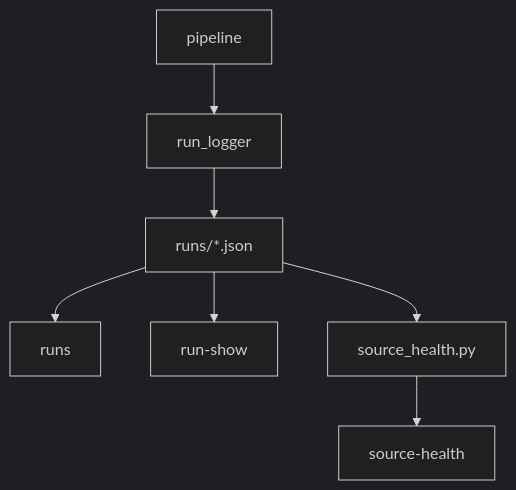
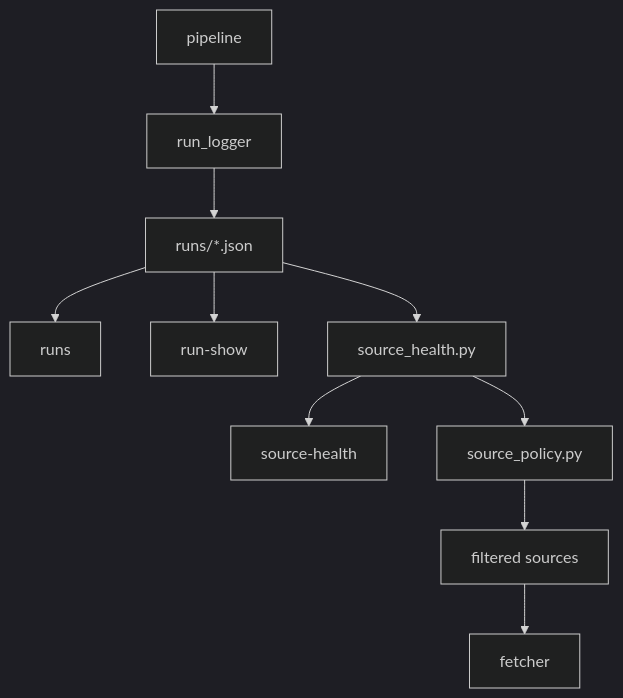
The sixth of 6 diagrams in docs/architecture.md (lingyu2023gla-star/ai-space-industry-radar), drawn with Mermaid (dark theme) before and after one commit. The commit also changed other lines of this file and 14 other files, not shown here.

Commit message:
feat: add source failure policy

````diff
--- a/docs/architecture.md
+++ b/docs/architecture.md
@@ -123,9 +123,12 @@
 ```mermaid
 flowchart TD
     A[pipeline] --> B[run_logger]
     B --> C[runs/*.json]
     C --> D[runs]
     C --> E[run-show]
     C --> F[source_health.py]
     F --> G[source-health]
+    F --> H[source_policy.py]
+    H --> I[filtered sources]
+    I --> J[fetcher]
 ```
````
